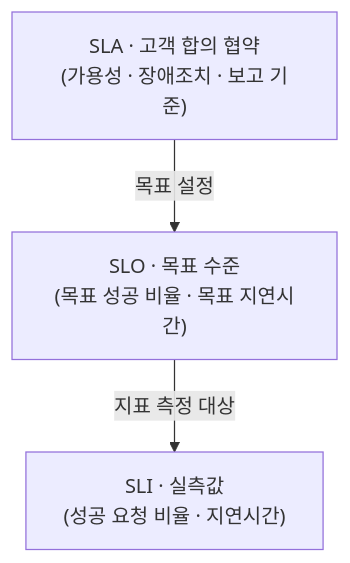
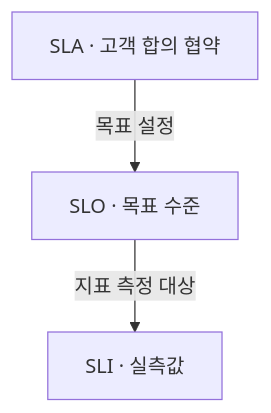
One commit to agnusdei1207/study changed the third of 5 diagrams in src/content/docs/notes/itpe/01-it-strategy/006_sla.md. Above: the diagram before and after it, drawn with Mermaid. The commit also changed other lines of this file and 19 other files, not shown here.

````diff
--- a/src/content/docs/notes/itpe/01-it-strategy/006_sla.md
+++ b/src/content/docs/notes/itpe/01-it-strategy/006_sla.md
@@ -94,9 +96,9 @@
 ```mermaid
 flowchart TD
-    SLA["SLA · 고객 합의 협약<br/>(가용성 · 장애조치 · 보고 기준)"]
-    SLO["SLO · 목표 수준<br/>(목표 성공 비율 · 목표 지연시간)"]
-    SLI["SLI · 실측값<br/>(성공 요청 비율 · 지연시간)"]
+    SLA["SLA · 고객 합의 협약"]
+    SLO["SLO · 목표 수준"]
+    SLI["SLI · 실측값"]
 
     SLA -->|"목표 설정"| SLO
     SLO -->|"지표 측정 대상"| SLI
 ```
````
